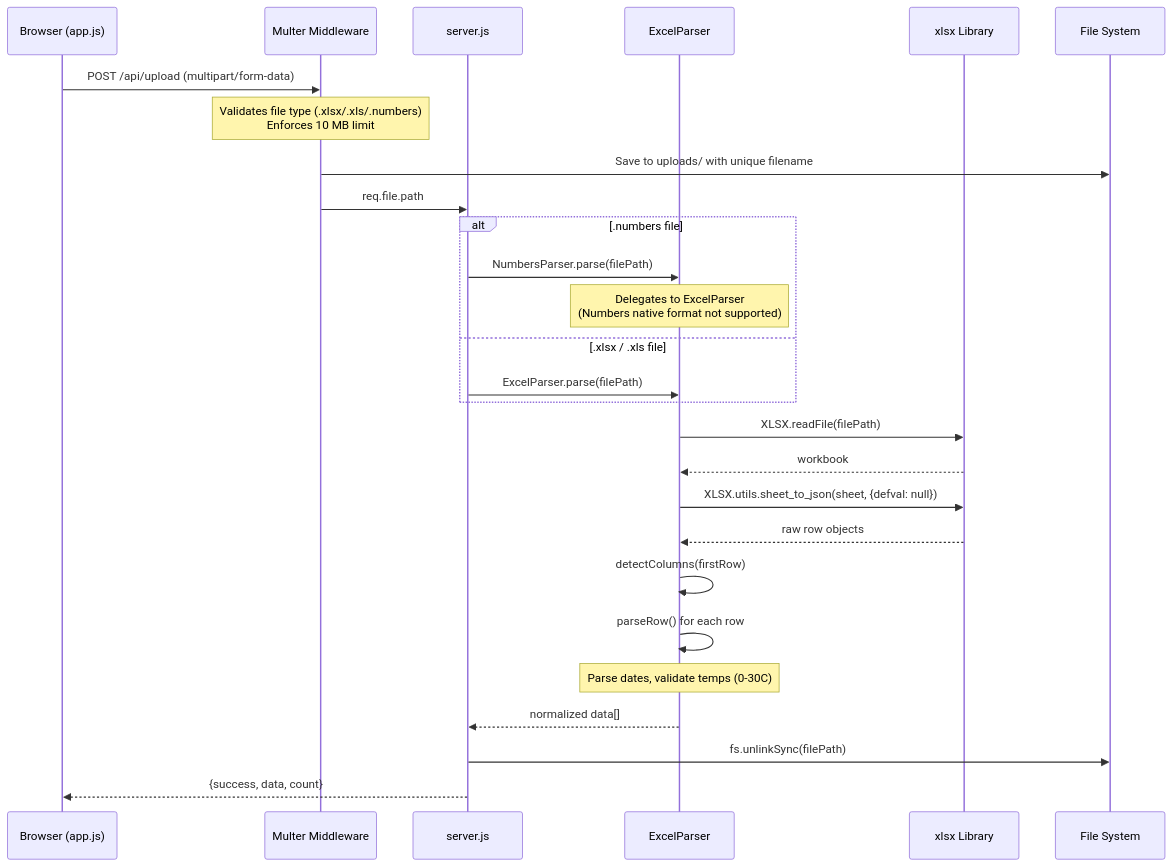
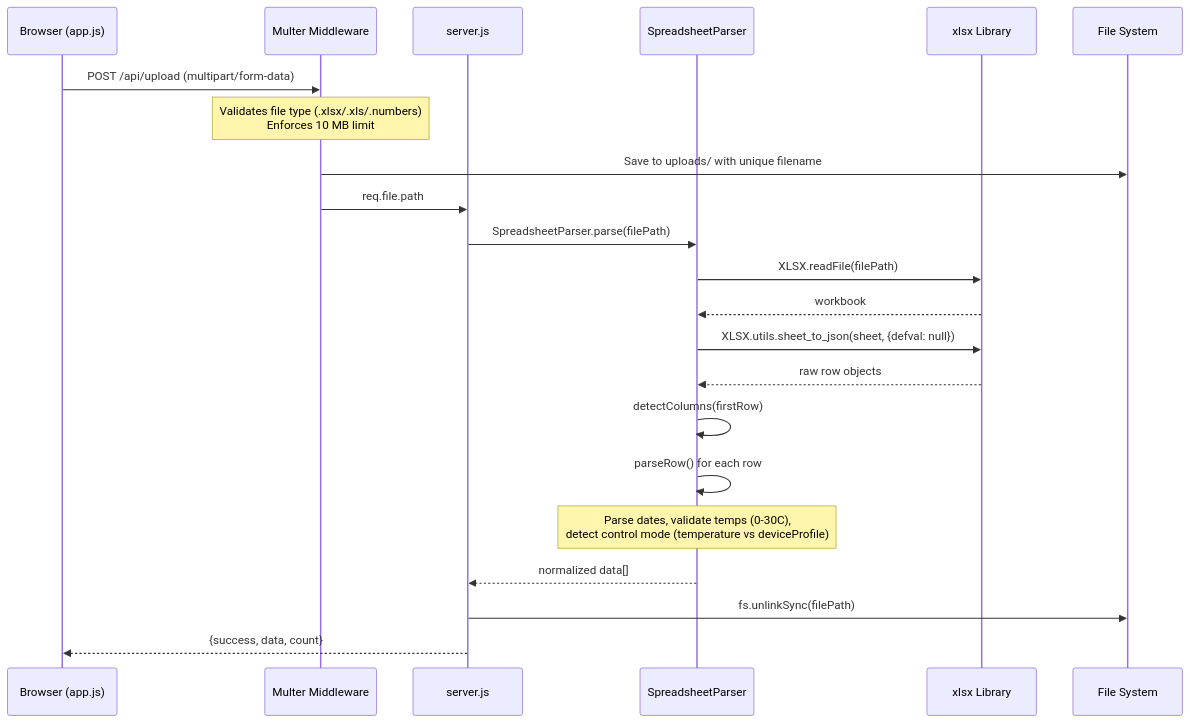
The first of 10 diagrams in docs/data-flow.md (rore78/homematicHeatingWithNumbersFile), drawn with Mermaid before and after one commit. The commit also changed other lines of this file and 72 other files, not shown here.

````diff
--- a/docs/data-flow.md
+++ b/docs/data-flow.md
@@ -7,34 +7,28 @@
 ```mermaid
 sequenceDiagram
     participant User as Browser (app.js)
     participant Multer as Multer Middleware
     participant Server as server.js
-    participant Parser as ExcelParser
+    participant Parser as SpreadsheetParser
     participant XLSX as xlsx Library
     participant FS as File System
 
     User->>Multer: POST /api/upload (multipart/form-data)
     Note over Multer: Validates file type (.xlsx/.xls/.numbers)<br/>Enforces 10 MB limit
     Multer->>FS: Save to uploads/ with unique filename
     Multer->>Server: req.file.path
 
-    alt .numbers file
-        Server->>Parser: NumbersParser.parse(filePath)
-        Note over Parser: Delegates to ExcelParser<br/>(Numbers native format not supported)
-    else .xlsx / .xls file
-        Server->>Parser: ExcelParser.parse(filePath)
-    end
-
+    Server->>Parser: SpreadsheetParser.parse(filePath)
     Parser->>XLSX: XLSX.readFile(filePath)
     XLSX-->>Parser: workbook
     Parser->>XLSX: XLSX.utils.sheet_to_json(sheet, {defval: null})
     XLSX-->>Parser: raw row objects
 
     Parser->>Parser: detectColumns(firstRow)
     Parser->>Parser: parseRow() for each row
-    Note over Parser: Parse dates, validate temps (0-30C)
+    Note over Parser: Parse dates, validate temps (0-30C),<br/>detect control mode (temperature vs deviceProfile)
 
     Parser-->>Server: normalized data[]
     Server->>FS: fs.unlinkSync(filePath)
     Server-->>User: {success, data, count}
 ```
````
